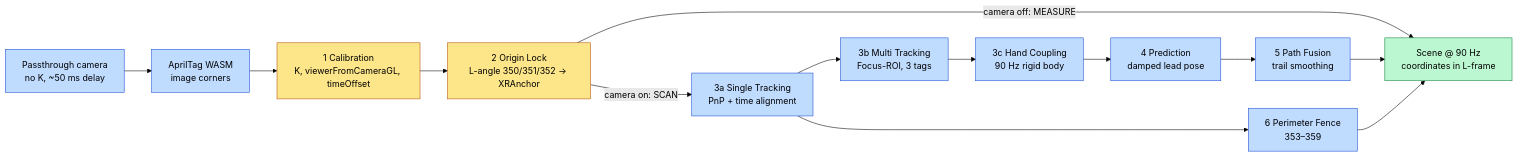
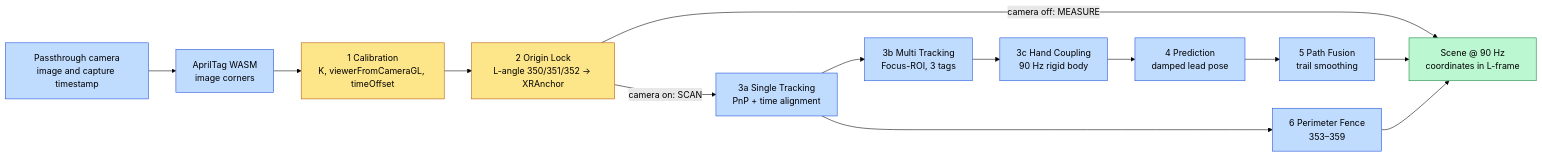
The diagram in docs/diagrams/00-overview.mmd (PiMaV/Quest3-WebXR-AprilTag), drawn with Mermaid (forest theme) before and after one commit. The commit also changed 54 other files, not shown here.

Commit message:
feat: calibrate Quest 3 in-view perimeter pruning, minimalist tag action pills, and Quarto paper/diagram updates

```diff
--- a/docs/diagrams/00-overview.mmd
+++ b/docs/diagrams/00-overview.mmd
@@ -1,19 +1,19 @@
 flowchart LR
   classDef once fill:#fde68a,stroke:#b45309,color:#000
   classDef live fill:#bfdbfe,stroke:#1d4ed8,color:#000
   classDef out fill:#bbf7d0,stroke:#15803d,color:#000
-  CAM["Passthrough camera<br/>no K, ~50 ms delay"]:::live
+  CAM["Passthrough camera<br/>image and capture timestamp"]:::live
   DET["AprilTag WASM<br/>image corners"]:::live
   CAL["1 Calibration<br/>K, viewerFromCameraGL, timeOffset"]:::once
   ORI["2 Origin Lock<br/>L-angle 350/351/352 → XRAnchor"]:::once
   SINGLE["3a Single Tracking<br/>PnP + time alignment"]:::live
   MULTI["3b Multi Tracking<br/>Focus-ROI, 3 tags"]:::live
   HAND["3c Hand Coupling<br/>90 Hz rigid body"]:::live
   PRED["4 Prediction<br/>damped lead pose"]:::live
   PATH["5 Path Fusion<br/>trail smoothing"]:::live
   FENCE["6 Perimeter Fence<br/>353–359"]:::live
   OUT["Scene @ 90 Hz<br/>coordinates in L-frame"]:::out
   CAM --> DET --> CAL --> ORI
   ORI -->|camera off: MEASURE| OUT
   ORI -->|camera on: SCAN| SINGLE --> MULTI --> HAND --> PRED --> PATH --> OUT
   SINGLE --> FENCE --> OUT
```
